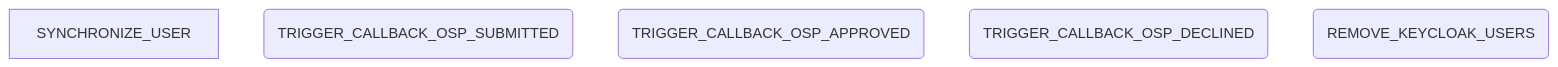
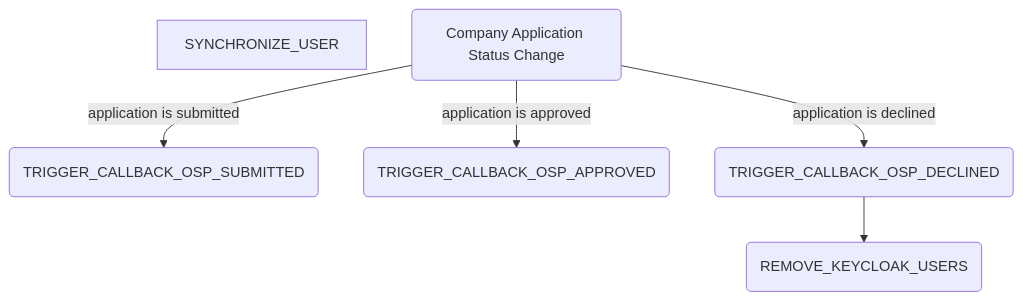
Before and after one commit to eclipse-tractusx/portal-assets: the diagram in docs/developer/09. Process Workers/06. network_registration.md, drawn with Mermaid. The commit also changed other lines of this file and 11 other files, not shown here.

````diff
--- a/docs/developer/09. Process Workers/06. network_registration.md
+++ b/docs/developer/09. Process Workers/06. network_registration.md
@@ -5,8 +7,14 @@
 ```mermaid
 flowchart TD
     A[SYNCHRONIZE_USER]
     B(TRIGGER_CALLBACK_OSP_SUBMITTED)
     D(TRIGGER_CALLBACK_OSP_APPROVED)
     E(TRIGGER_CALLBACK_OSP_DECLINED)
     F(REMOVE_KEYCLOAK_USERS)
+    G(Company Application Status Change)
+    A
+    G --> |application is submitted|B
+    G --> |application is approved| D
+    G --> |application is declined| E
+    E --> F
 ```
````
